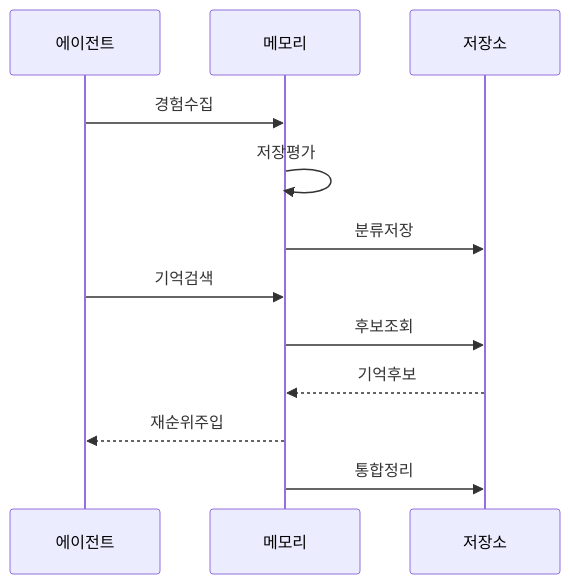
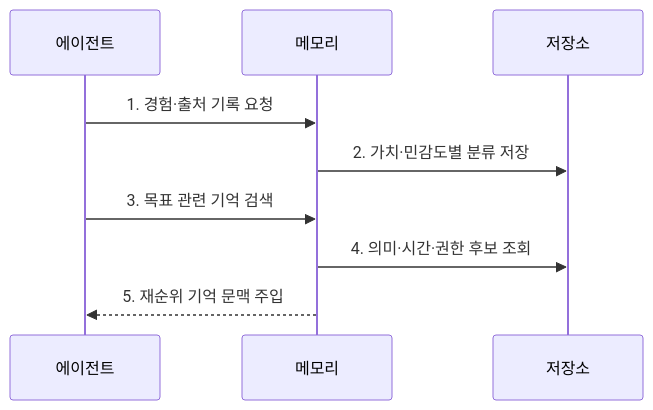
Before and after one commit to agnusdei1207/knowledge-base: the second of 2 diagrams in src/content/docs/notes/08-latest-tech/016_agent_memory.md, drawn with Mermaid. The commit also changed other lines of this file and 16 other files, not shown here.

Commit message:
Add SVM chart comparisons and continue latest technology rewrite

````diff
--- a/src/content/docs/notes/08-latest-tech/016_agent_memory.md
+++ b/src/content/docs/notes/08-latest-tech/016_agent_memory.md
@@ -74,14 +72,11 @@
 ```mermaid
 sequenceDiagram
     participant A as 에이전트
     participant M as 메모리
     participant S as 저장소
-    A->>M: 경험수집
-    M->>M: 저장평가
-    M->>S: 분류저장
-    A->>M: 기억검색
-    M->>S: 후보조회
-    S-->>M: 기억후보
-    M-->>A: 재순위주입
-    M->>S: 통합정리
+    A->>M: 1. 경험·출처 기록 요청
+    M->>S: 2. 가치·민감도별 분류 저장
+    A->>M: 3. 목표 관련 기억 검색
+    M->>S: 4. 의미·시간·권한 후보 조회
+    M-->>A: 5. 재순위 기억 문맥 주입
 ```
````
